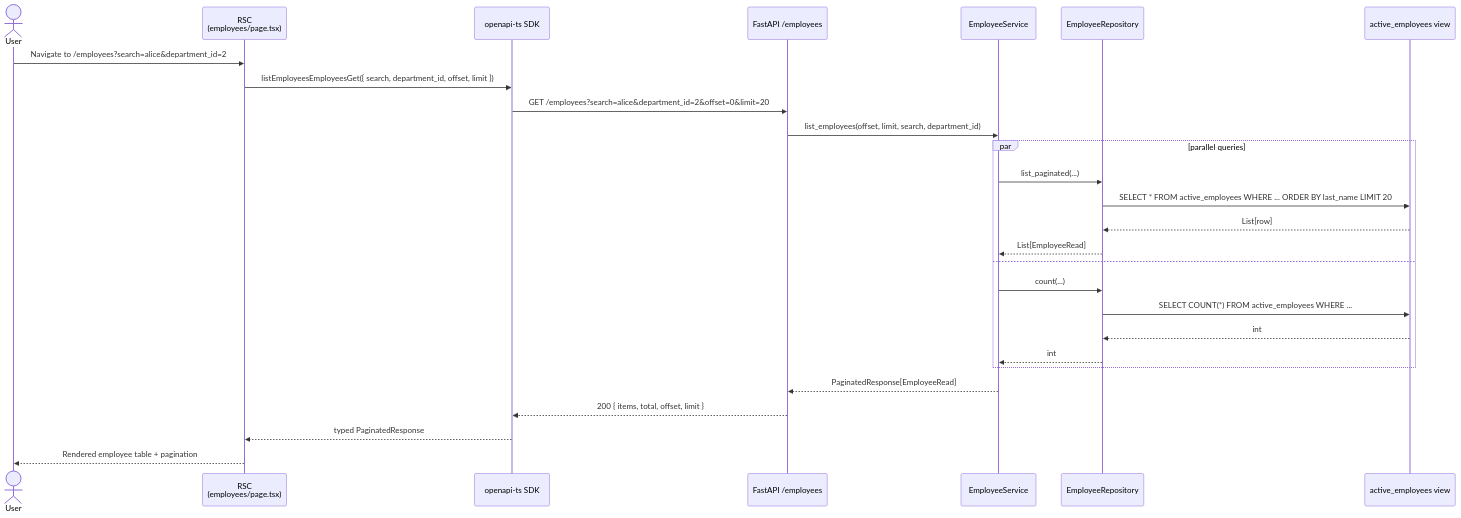
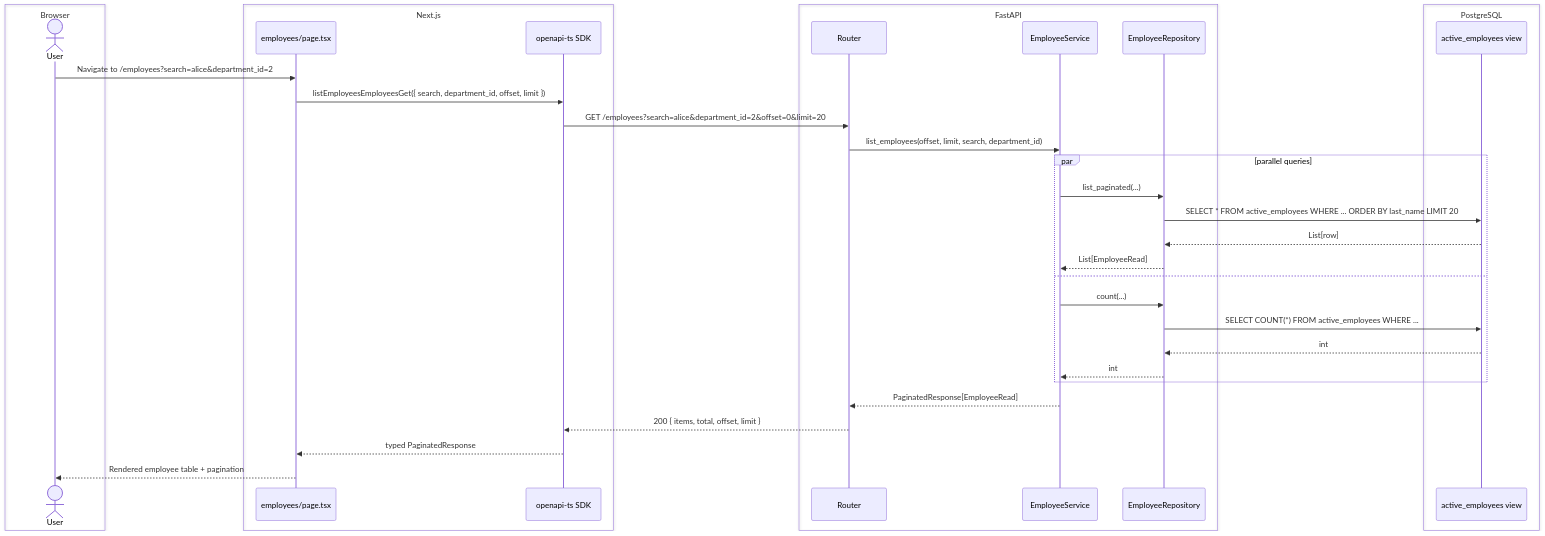
The third of 9 diagrams in docs/architecture.md (utsabbera/acme-salary-management), drawn with Mermaid before and after one commit. The commit also changed other lines of this file, not shown here.

First line of the commit message:
docs(architecture): refine sequence diagrams with box groupings and cleanup

````diff
--- a/docs/architecture.md
+++ b/docs/architecture.md
@@ -127,30 +126,38 @@
 ```mermaid
 sequenceDiagram
-    actor User
-    participant RSC as RSC<br/>(employees/page.tsx)
-    participant SDK as openapi-ts SDK
-    participant API as FastAPI /employees
-    participant Svc as EmployeeService
-    participant Repo as EmployeeRepository
-    participant View as active_employees view
+    box Browser
+        actor User
+    end
+    box Next.js
+        participant RSC as employees/page.tsx
+        participant SDK as openapi-ts SDK
+    end
+    box FastAPI
+        participant API as Router
+        participant Svc as EmployeeService
+        participant Repo as EmployeeRepository
+    end
+    box PostgreSQL
+        participant View as active_employees view
+    end
 
     User->>RSC: Navigate to /employees?search=alice&department_id=2
     RSC->>SDK: listEmployeesEmployeesGet({ search, department_id, offset, limit })
     SDK->>API: GET /employees?search=alice&department_id=2&offset=0&limit=20
     API->>Svc: list_employees(offset, limit, search, department_id)
     par parallel queries
         Svc->>Repo: list_paginated(...)
         Repo->>View: SELECT * FROM active_employees WHERE ... ORDER BY last_name LIMIT 20
         View-->>Repo: List[row]
         Repo-->>Svc: List[EmployeeRead]
     and
         Svc->>Repo: count(...)
         Repo->>View: SELECT COUNT(*) FROM active_employees WHERE ...
         View-->>Repo: int
         Repo-->>Svc: int
     end
     Svc-->>API: PaginatedResponse[EmployeeRead]
     API-->>SDK: 200 { items, total, offset, limit }
     SDK-->>RSC: typed PaginatedResponse
     RSC-->>User: Rendered employee table + pagination
 ```
````
